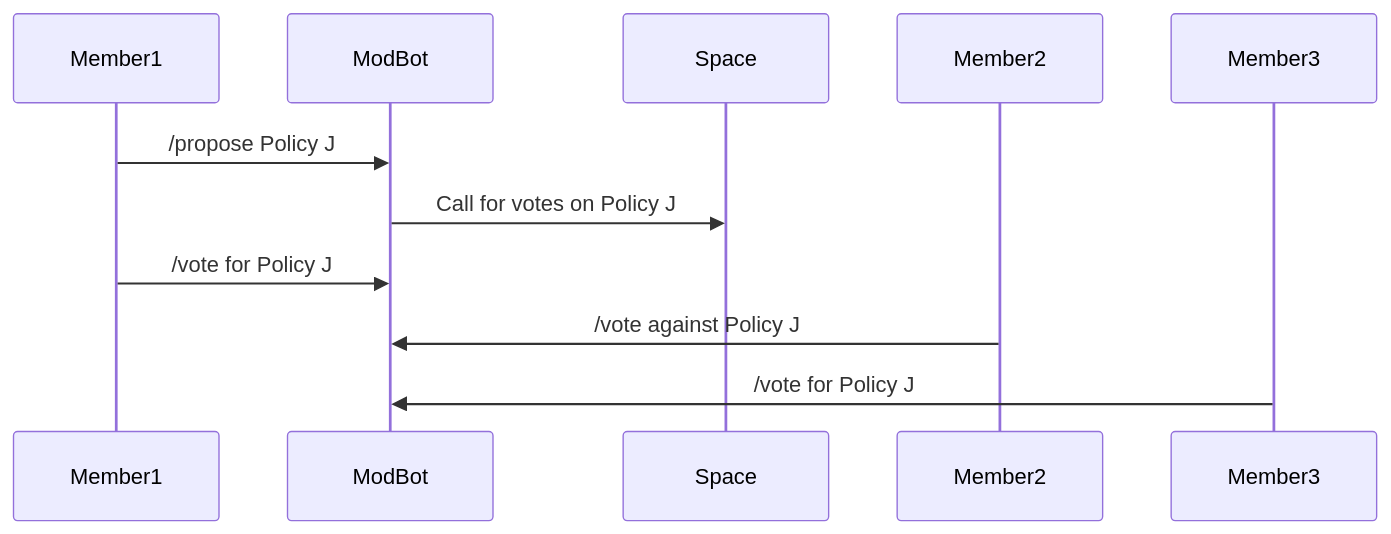
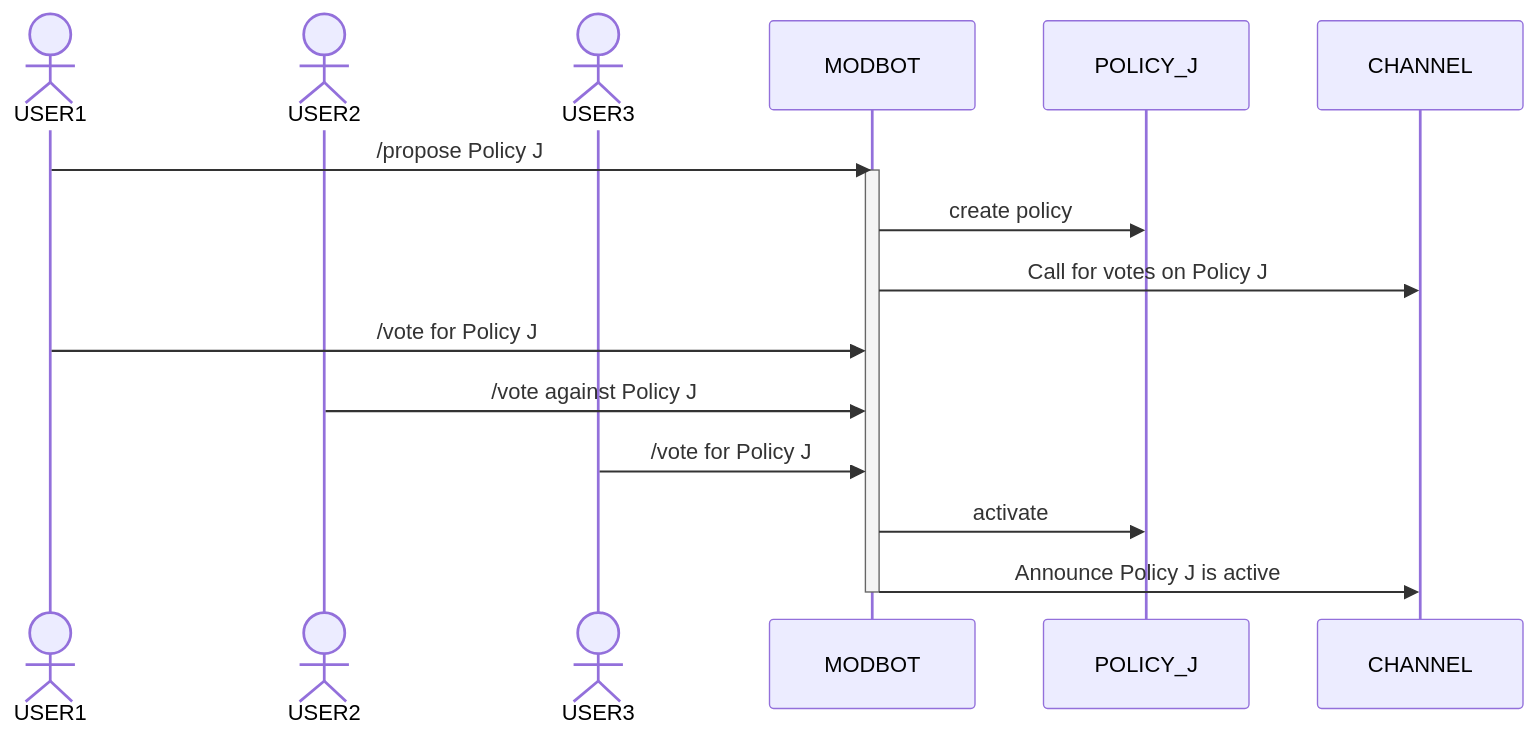
Before and after one commit to bgrayburn/Evolutionary-Collective-Moderation-Design-Pattern: the second of 3 diagrams in DesignPattern.md, drawn with Mermaid. The commit also changed other lines of this file, not shown here.

````diff
--- a/DesignPattern.md
+++ b/DesignPattern.md
@@ -44,8 +71,16 @@
 ```mermaid
 sequenceDiagram
-  Member1->>ModBot: /propose Policy J
-  ModBot->>Space: Call for votes on Policy J
-  Member1->>ModBot: /vote for Policy J
-  Member2->>ModBot: /vote against Policy J
-  Member3->>ModBot: /vote for Policy J
+  actor USER1
+  actor USER2
+  actor USER3
+  USER1->>MODBOT: /propose Policy J
+  activate MODBOT
+  MODBOT->>POLICY_J: create policy
+  MODBOT->>CHANNEL: Call for votes on Policy J
+  USER1->>MODBOT: /vote for Policy J
+  USER2->>MODBOT: /vote against Policy J
+  USER3->>MODBOT: /vote for Policy J
+  MODBOT->>POLICY_J: activate
+  MODBOT->>CHANNEL: Announce Policy J is active
+  deactivate MODBOT
 ```
````
